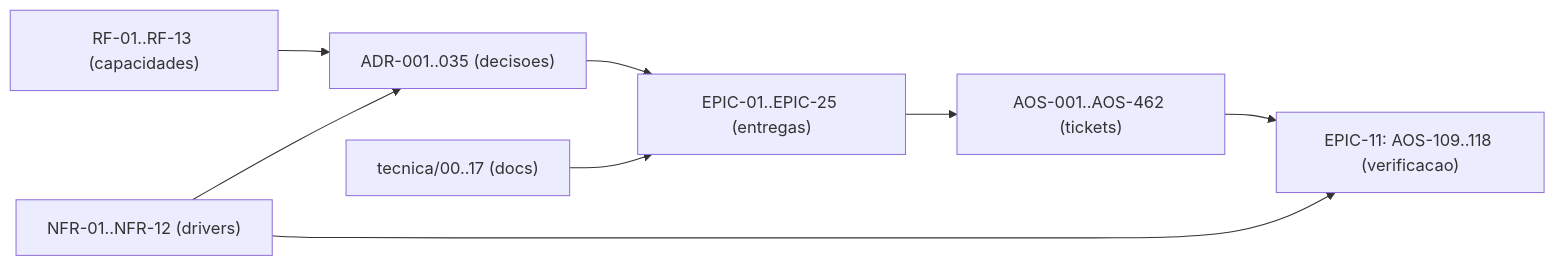
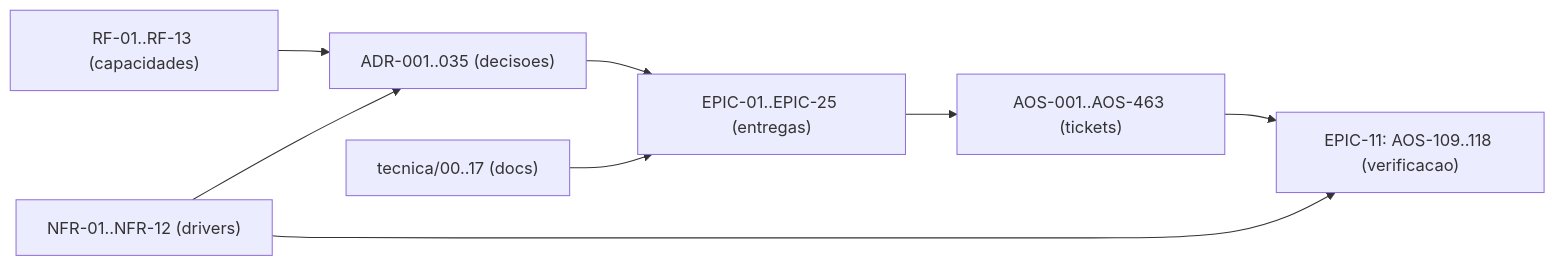
One commit to albinoJimy/aos changed the diagram in tecnica/16_Rastreabilidade_RTM.md. Above: the diagram before and after it, drawn with Mermaid. The commit also changed other lines of this file and 8 other files, not shown here.

````diff
--- a/tecnica/16_Rastreabilidade_RTM.md
+++ b/tecnica/16_Rastreabilidade_RTM.md
@@ -200,10 +200,10 @@
 ```mermaid
 flowchart LR
     RF["RF-01..RF-13 (capacidades)"] --> ADR["ADR-001..035 (decisoes)"]
     NFR["NFR-01..NFR-12 (drivers)"] --> ADR
     ADR --> EPIC["EPIC-01..EPIC-25 (entregas)"]
-    EPIC --> TICK["AOS-001..AOS-462 (tickets)"]
+    EPIC --> TICK["AOS-001..AOS-463 (tickets)"]
     DOC["tecnica/00..17 (docs)"] --> EPIC
     TICK --> TEST["EPIC-11: AOS-109..118 (verificacao)"]
     NFR --> TEST
 ```
````
